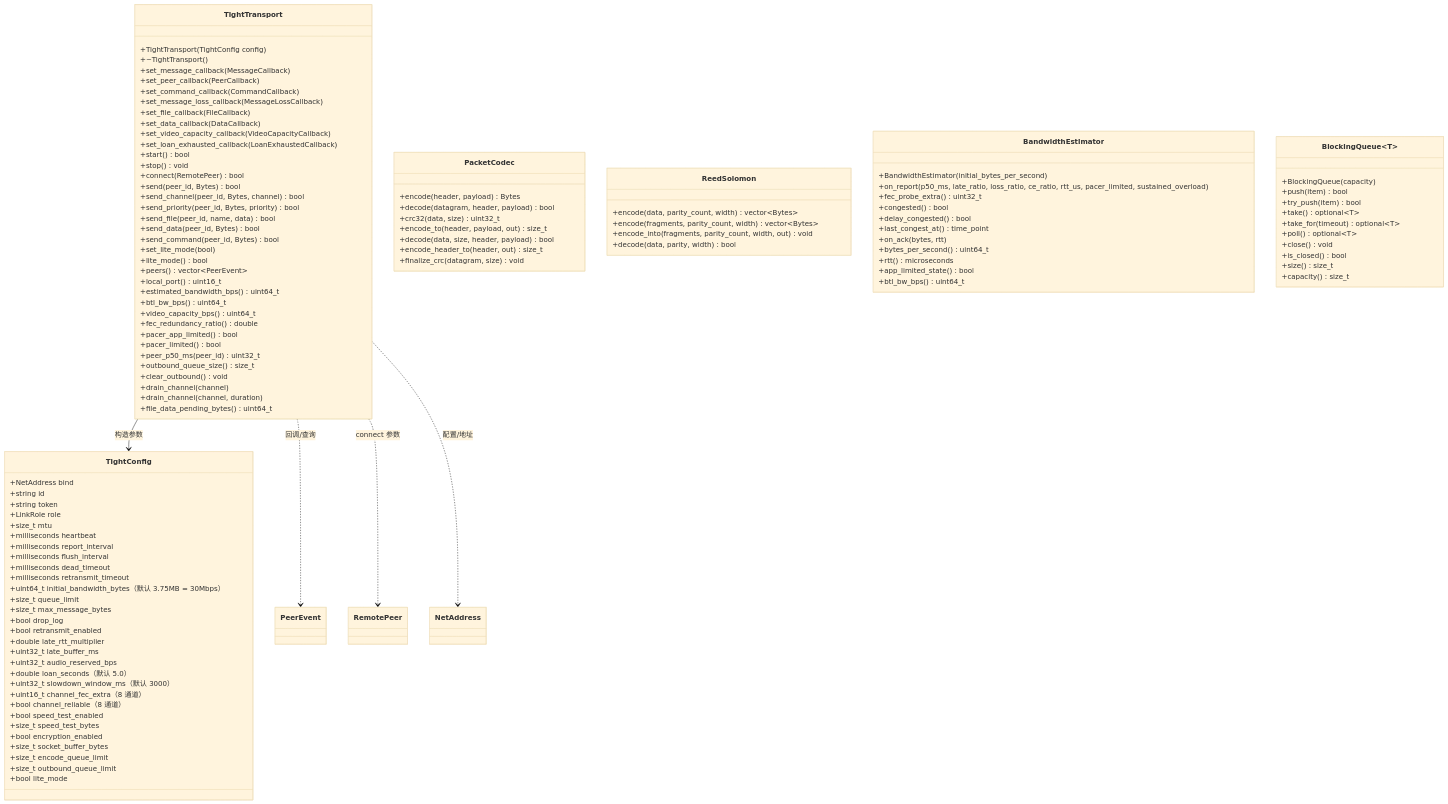
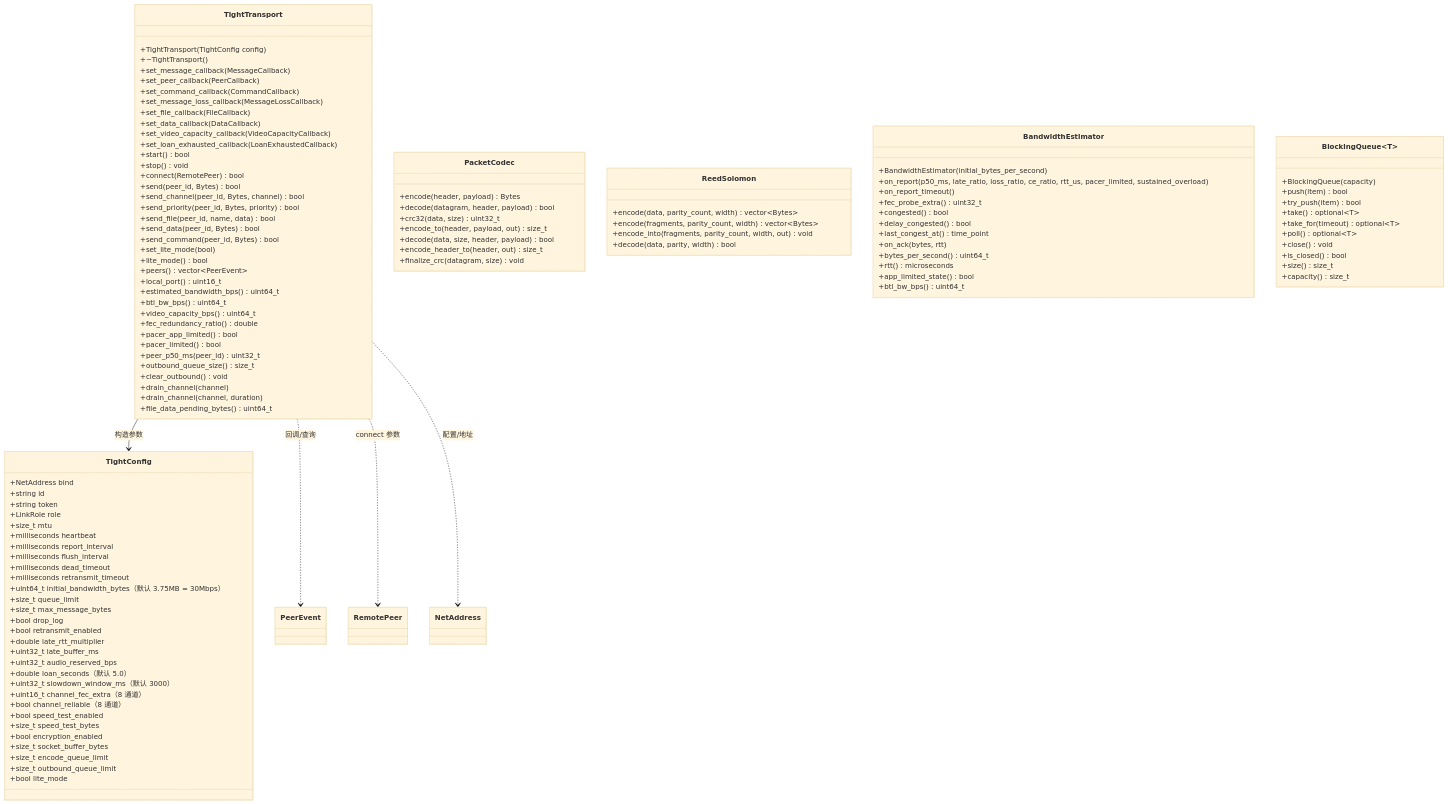
Before and after one commit to arrayforward/tight: the first of 2 diagrams in docs/api_reference.md, drawn with Mermaid (base theme). The commit also changed other lines of this file and 11 other files, not shown here.

```diff
--- a/docs/api_reference.md
+++ b/docs/api_reference.md
@@ -112,6 +112,7 @@
     class BandwidthEstimator {
         +BandwidthEstimator(initial_bytes_per_second)
         +on_report(p50_ms, late_ratio, loss_ratio, ce_ratio, rtt_us, pacer_limited, sustained_overload)
+        +on_report_timeout()
         +fec_probe_extra() uint32_t
         +congested() bool
         +delay_congested() bool
```
